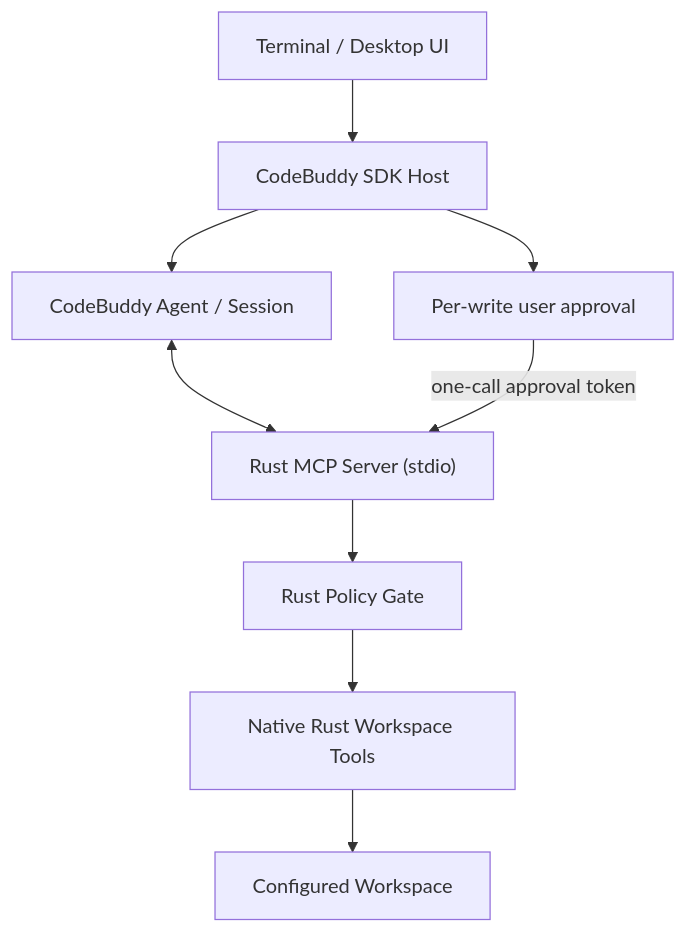
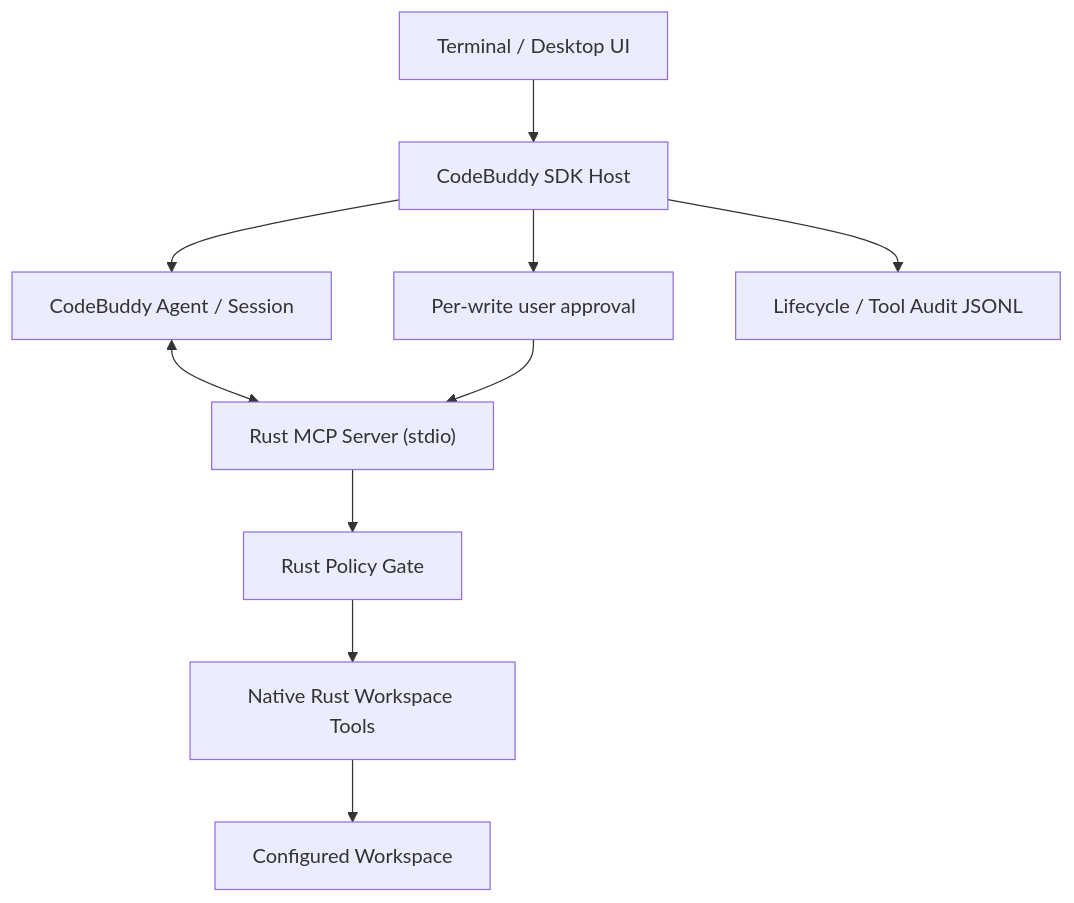
The diagram in tools/rust-agent/README.md (devweekly/devweekly.github.io), drawn with Mermaid before and after one commit. The commit also changed other lines of this file and 1 other file, not shown here.

Commit message:
Expand CodeBuddy SDK session and lifecycle integration

````diff
--- a/tools/rust-agent/README.md
+++ b/tools/rust-agent/README.md
@@ -7,11 +7,12 @@
 ```mermaid
 flowchart TB
     USER["Terminal / Desktop UI"] --> HOST["CodeBuddy SDK Host"]
     HOST --> SDK["CodeBuddy Agent / Session"]
     SDK <--> MCP["Rust MCP Server (stdio)"]
     MCP --> POLICY["Rust Policy Gate"]
     POLICY --> TOOLS["Native Rust Workspace Tools"]
     TOOLS --> WS["Configured Workspace"]
     HOST --> APPROVAL["Per-write user approval"]
-    APPROVAL -->|"one-call approval token"| MCP
+    APPROVAL --> MCP
+    HOST --> AUDIT["Lifecycle / Tool Audit JSONL"]
 ```
````
